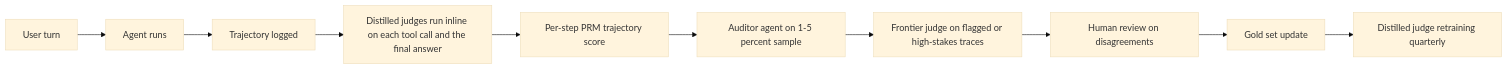
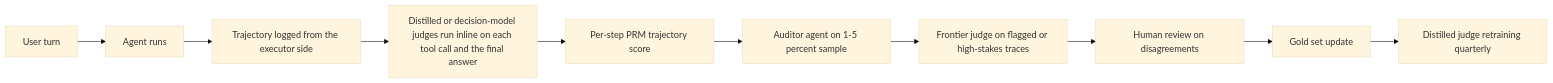
The second of 2 diagrams in 14-evaluation-and-observability/01-llm-evaluation.md (ChiHoc/ai-system-design-guide-zh), drawn with Mermaid (base theme) before and after one commit. The commit also changed other lines of this file and 149 other files, not shown here.

````diff
--- a/14-evaluation-and-observability/01-llm-evaluation.md
+++ b/14-evaluation-and-observability/01-llm-evaluation.md
@@ -733,12 +783,12 @@
 ```mermaid
 flowchart LR
     A[User turn] --> B[Agent runs]
-    B --> C[Trajectory logged]
-    C --> D[Distilled judges run inline on each tool call and the final answer]
+    B --> C[Trajectory logged from the executor side]
+    C --> D[Distilled or decision-model judges run inline on each tool call and the final answer]
     D --> E[Per-step PRM trajectory score]
     E --> F[Auditor agent on 1-5 percent sample]
     F --> G[Frontier judge on flagged or high-stakes traces]
     G --> H[Human review on disagreements]
     H --> I[Gold set update]
     I --> J[Distilled judge retraining quarterly]
 ```
````
